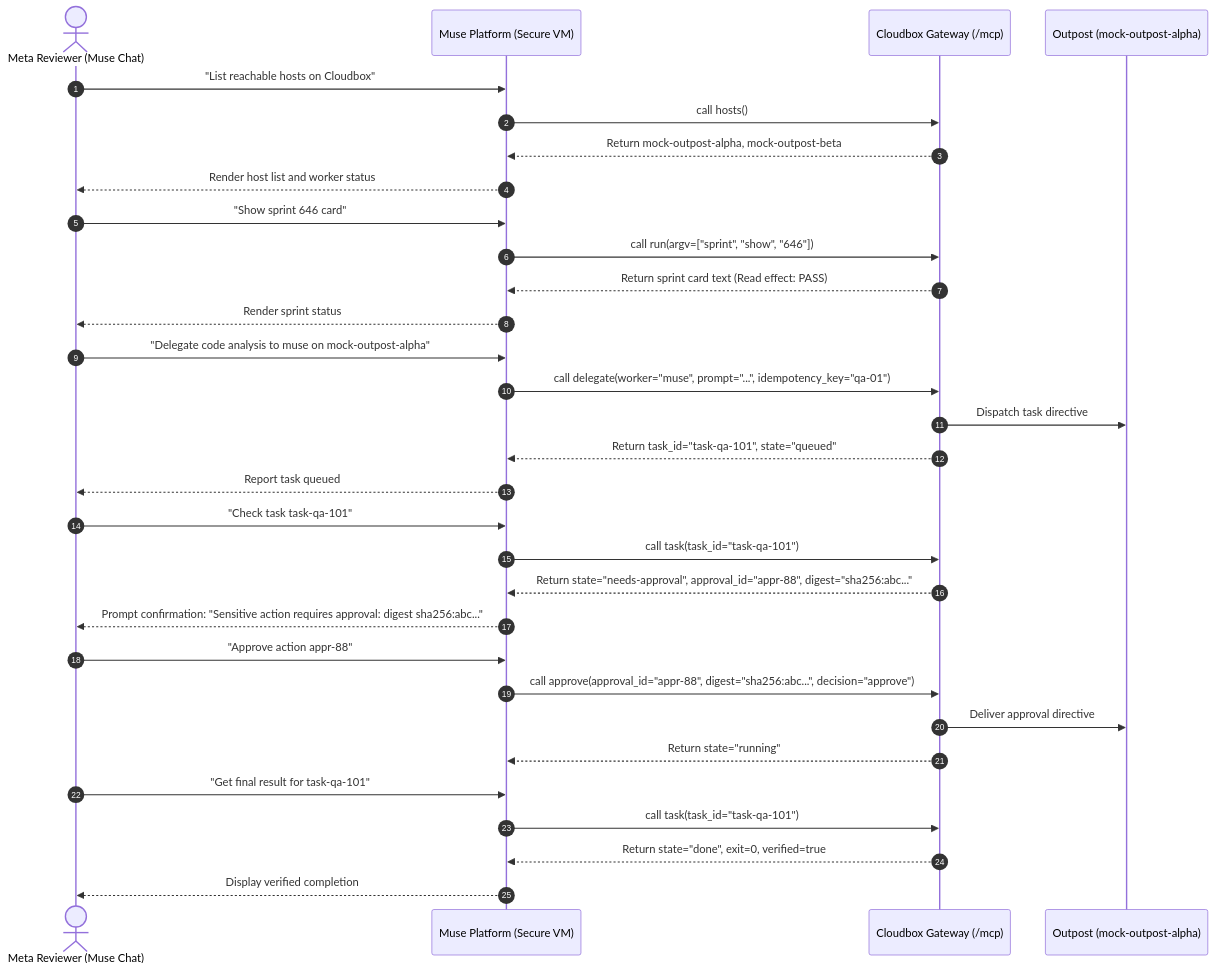
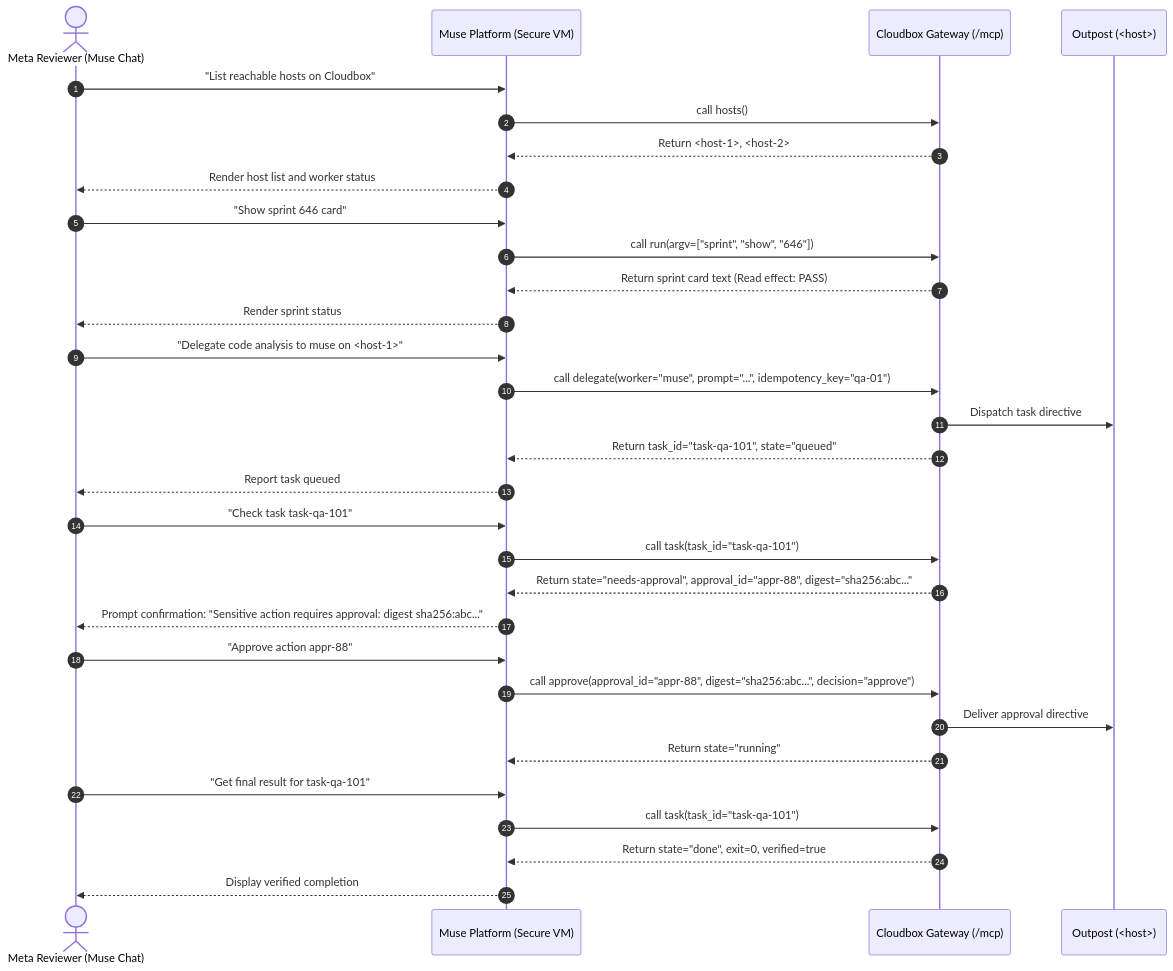
The diagram in docs/muse-connector-submission-pack.md (dhnt/umbrella), drawn with Mermaid before and after one commit. The commit also changed other lines of this file and 4 other files, not shown here.

````diff
--- a/docs/muse-connector-submission-pack.md
+++ b/docs/muse-connector-submission-pack.md
@@ -66,39 +66,39 @@
 ```mermaid
 sequenceDiagram
     autonumber
     actor Reviewer as Meta Reviewer (Muse Chat)
     participant Muse as Muse Platform (Secure VM)
     participant GW as Cloudbox Gateway (/mcp)
-    participant Outpost as Outpost (mock-outpost-alpha)
+    participant Outpost as Outpost (<host>)
 
     Reviewer->>Muse: "List reachable hosts on Cloudbox"
     Muse->>GW: call hosts()
-    GW-->>Muse: Return mock-outpost-alpha, mock-outpost-beta
+    GW-->>Muse: Return <host-1>, <host-2>
     Muse-->>Reviewer: Render host list and worker status
 
     Reviewer->>Muse: "Show sprint 646 card"
     Muse->>GW: call run(argv=["sprint", "show", "646"])
     GW-->>Muse: Return sprint card text (Read effect: PASS)
     Muse-->>Reviewer: Render sprint status
 
-    Reviewer->>Muse: "Delegate code analysis to muse on mock-outpost-alpha"
+    Reviewer->>Muse: "Delegate code analysis to muse on <host-1>"
     Muse->>GW: call delegate(worker="muse", prompt="...", idempotency_key="qa-01")
     GW->>Outpost: Dispatch task directive
     GW-->>Muse: Return task_id="task-qa-101", state="queued"
     Muse-->>Reviewer: Report task queued
 
     Reviewer->>Muse: "Check task task-qa-101"
     Muse->>GW: call task(task_id="task-qa-101")
     GW-->>Muse: Return state="needs-approval", approval_id="appr-88", digest="sha256:abc..."
     Muse-->>Reviewer: Prompt confirmation: "Sensitive action requires approval: digest sha256:abc..."
 
     Reviewer->>Muse: "Approve action appr-88"
     Muse->>GW: call approve(approval_id="appr-88", digest="sha256:abc...", decision="approve")
     GW->>Outpost: Deliver approval directive
     GW-->>Muse: Return state="running"
 
     Reviewer->>Muse: "Get final result for task-qa-101"
     Muse->>GW: call task(task_id="task-qa-101")
     GW-->>Muse: Return state="done", exit=0, verified=true
     Muse-->>Reviewer: Display verified completion
 ```
````
